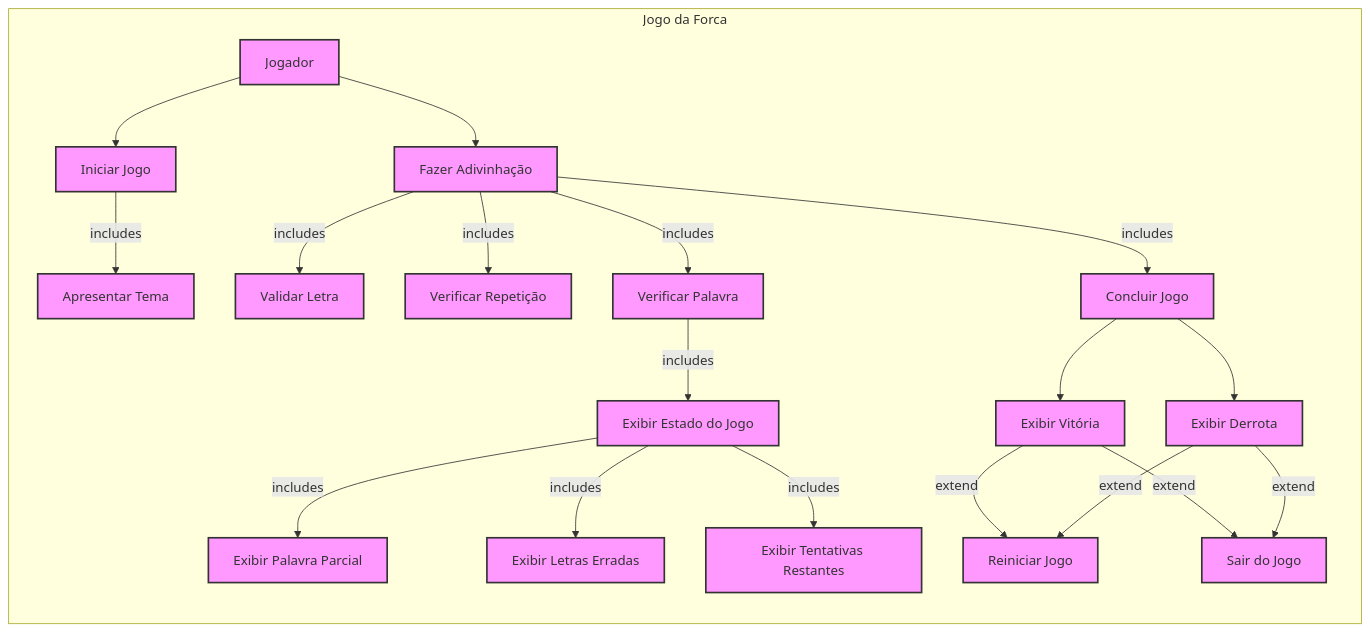
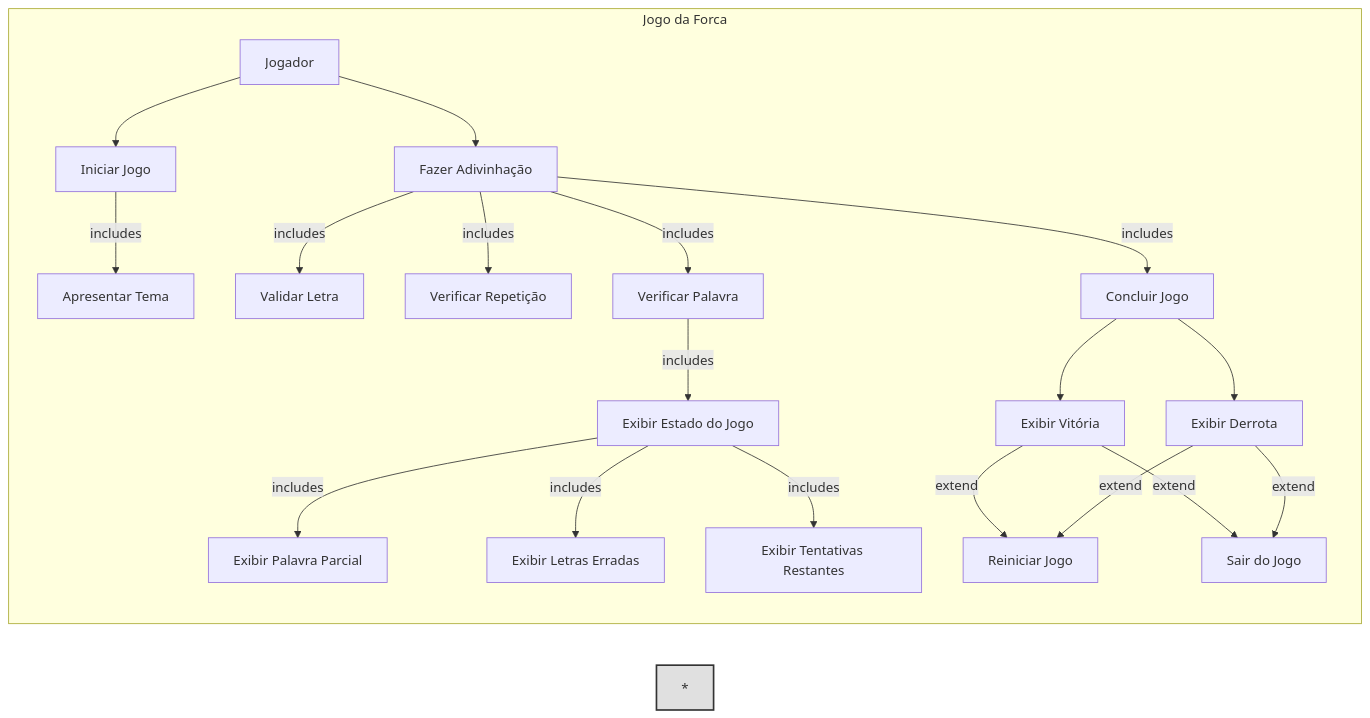
Before and after one commit to ArcegoDanielz/Jogo-da-forca-em-java: the first of 4 diagrams in DOCUMENTACAO.md, drawn with Mermaid. The commit also changed other lines of this file, not shown here.

Commit message:
"docs: Adiciona documentação completa com diagramas UML corrigido"

````diff
--- a/DOCUMENTACAO.md
+++ b/DOCUMENTACAO.md
@@ -9,29 +9,30 @@
 ```mermaid
 graph LR
+    %% Define um estilo para todos os nós: fundo cinza claro, borda escura.
+    style * fill:#e0e0e0,stroke:#333,stroke-width:2px;
+
     Jogador --> Iniciar_Jogo[Iniciar Jogo]
     
     subgraph Jogo da Forca
         Iniciar_Jogo -->|includes| Apresentar_Tema[Apresentar Tema]
         Jogador --> Fazer_Adivinhacao[Fazer Adivinhação]
         
         Fazer_Adivinhacao -->|includes| Validar_Letra[Validar Letra]
         Fazer_Adivinhacao -->|includes| Verificar_Repeticao[Verificar Repetição]
         Fazer_Adivinhacao -->|includes| Verificar_Palavra[Verificar Palavra]
         
         Verificar_Palavra -->|includes| Exibir_Estado[Exibir Estado do Jogo]
         Exibir_Estado -->|includes| Exibir_Palavra_Parcial[Exibir Palavra Parcial]
         Exibir_Estado -->|includes| Exibir_Letras_Erradas[Exibir Letras Erradas]
         Exibir_Estado -->|includes| Exibir_Tentativas[Exibir Tentativas Restantes]
 
         Fazer_Adivinhacao -->|includes| Concluir_Jogo[Concluir Jogo]
         Concluir_Jogo --> Exibir_Vitoria[Exibir Vitória]
         Concluir_Jogo --> Exibir_Derrota[Exibir Derrota]
 
         Exibir_Vitoria -->|extend| Reiniciar_Jogo[Reiniciar Jogo]
         Exibir_Vitoria -->|extend| Sair_do_Jogo[Sair do Jogo]
         Exibir_Derrota -->|extend| Reiniciar_Jogo
         Exibir_Derrota -->|extend| Sair_do_Jogo
     end
-
-    classDef default fill:#f9f,stroke:#333,stroke-width:2px;
 ```
````
